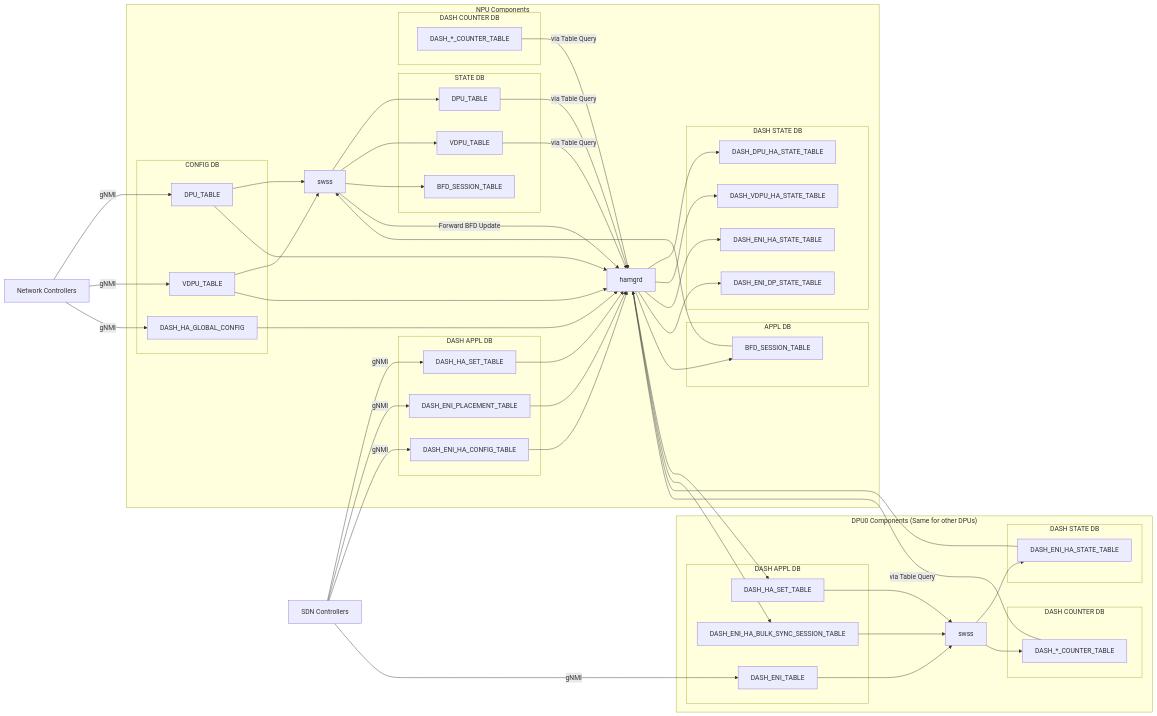
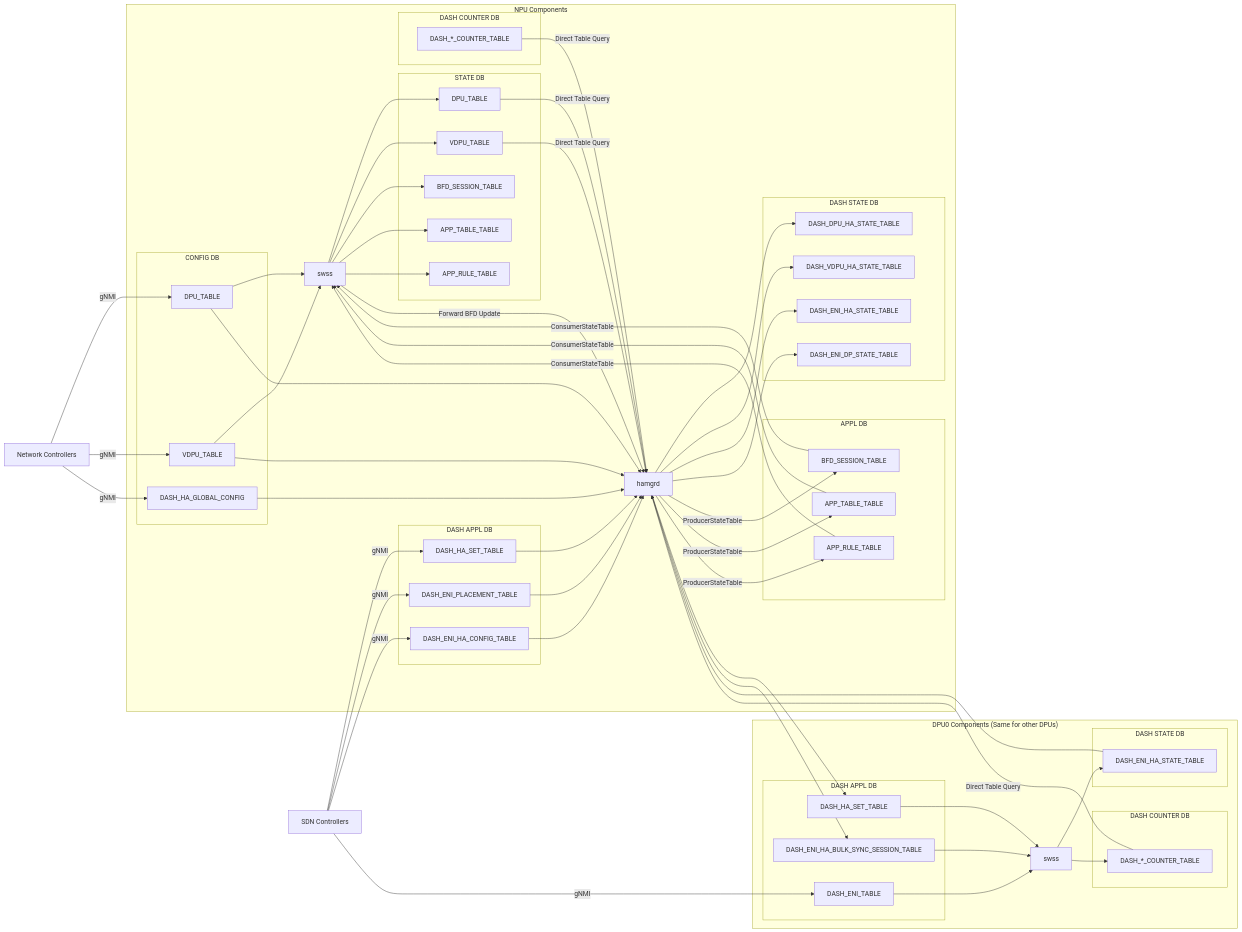
Before and after one commit to sonic-net/SONiC: the diagram in doc/smart-switch/high-availability/smart-switch-ha-detailed-design.md, drawn with Mermaid. The commit also changed other lines of this file, not shown here.

Commit message:
Added ACL tables in the data flow.

```diff
--- a/doc/smart-switch/high-availability/smart-switch-ha-detailed-design.md
+++ b/doc/smart-switch/high-availability/smart-switch-ha-detailed-design.md
@@ -68,6 +68,8 @@
 
       subgraph APPL DB
          NPU_BFD_SESSION[BFD_SESSION_TABLE]
+         NPU_ACL_TABLE[APP_TABLE_TABLE]
+         NPU_ACL_RULE[APP_RULE_TABLE]
       end
 
       subgraph DASH APPL DB
@@ -80,6 +82,8 @@
          NPU_DPU_STATE[DPU_TABLE]
          NPU_VDPU_STATE[VDPU_TABLE]
          NPU_BFD_SESSION_STATE[BFD_SESSION_TABLE]
+         NPU_ACL_TABLE_STATE[APP_TABLE_TABLE]
+         NPU_ACL_RULE_STATE[APP_RULE_TABLE]
       end
 
       subgraph DASH STATE DB
@@ -125,35 +129,41 @@
    %% NPU tables --> NPU side SWSS:
    NPU_DPU --> NPU_SWSS
    NPU_VDPU --> NPU_SWSS
-   NPU_BFD_SESSION --> NPU_SWSS
+   NPU_BFD_SESSION --> |ConsumerStateTable| NPU_SWSS
+   NPU_ACL_TABLE --> |ConsumerStateTable| NPU_SWSS
+   NPU_ACL_RULE --> |ConsumerStateTable| NPU_SWSS
 
    %% NPU side SWSS --> NPU tables:
    NPU_SWSS --> NPU_DPU_STATE
    NPU_SWSS --> NPU_VDPU_STATE
    NPU_SWSS --> NPU_BFD_SESSION_STATE
+   NPU_SWSS --> NPU_ACL_TABLE_STATE
+   NPU_SWSS --> NPU_ACL_RULE_STATE
    NPU_SWSS --> |Forward BFD Update| NPU_HAMGRD
 
    %% NPU tables --> hamgrd:
    NPU_DPU --> NPU_HAMGRD
    NPU_VDPU --> NPU_HAMGRD
-   NPU_DPU_STATE --> |via Table Query| NPU_HAMGRD
-   NPU_VDPU_STATE --> |via Table Query| NPU_HAMGRD
+   NPU_DPU_STATE --> |Direct Table Query| NPU_HAMGRD
+   NPU_VDPU_STATE --> |Direct Table Query| NPU_HAMGRD
    NPU_DASH_HA_GLOBAL_CONFIG --> NPU_HAMGRD
    NPU_DASH_HA_SET --> NPU_HAMGRD
    NPU_DASH_ENI_PLACEMENT --> NPU_HAMGRD
    NPU_DASH_ENI_HA_CONFIG --> NPU_HAMGRD
-   NPU_DASH_COUNTERS --> |via Table Query| NPU_HAMGRD
+   NPU_DASH_COUNTERS --> |Direct Table Query| NPU_HAMGRD
 
    %% DPU tables --> hamgrd:
    DPU_DASH_ENI_HA_STATE --> NPU_HAMGRD
-   DPU_DASH_COUNTERS --> |via Table Query| NPU_HAMGRD
+   DPU_DASH_COUNTERS --> |Direct Table Query| NPU_HAMGRD
 
    %% hamgrd --> NPU tables:
    NPU_HAMGRD --> NPU_DASH_DPU_HA_STATE
    NPU_HAMGRD --> NPU_DASH_VDPU_HA_STATE
    NPU_HAMGRD --> NPU_DASH_ENI_HA_STATE
    NPU_HAMGRD --> NPU_DASH_ENI_DP_STATE
-   NPU_HAMGRD --> NPU_BFD_SESSION
+   NPU_HAMGRD --> |ProducerStateTable| NPU_BFD_SESSION
+   NPU_HAMGRD --> |ProducerStateTable| NPU_ACL_TABLE
+   NPU_HAMGRD --> |ProducerStateTable| NPU_ACL_RULE
 
    %% hamgrd --> DPU tables:
    NPU_HAMGRD --> DPU_DASH_HA_SET
```
